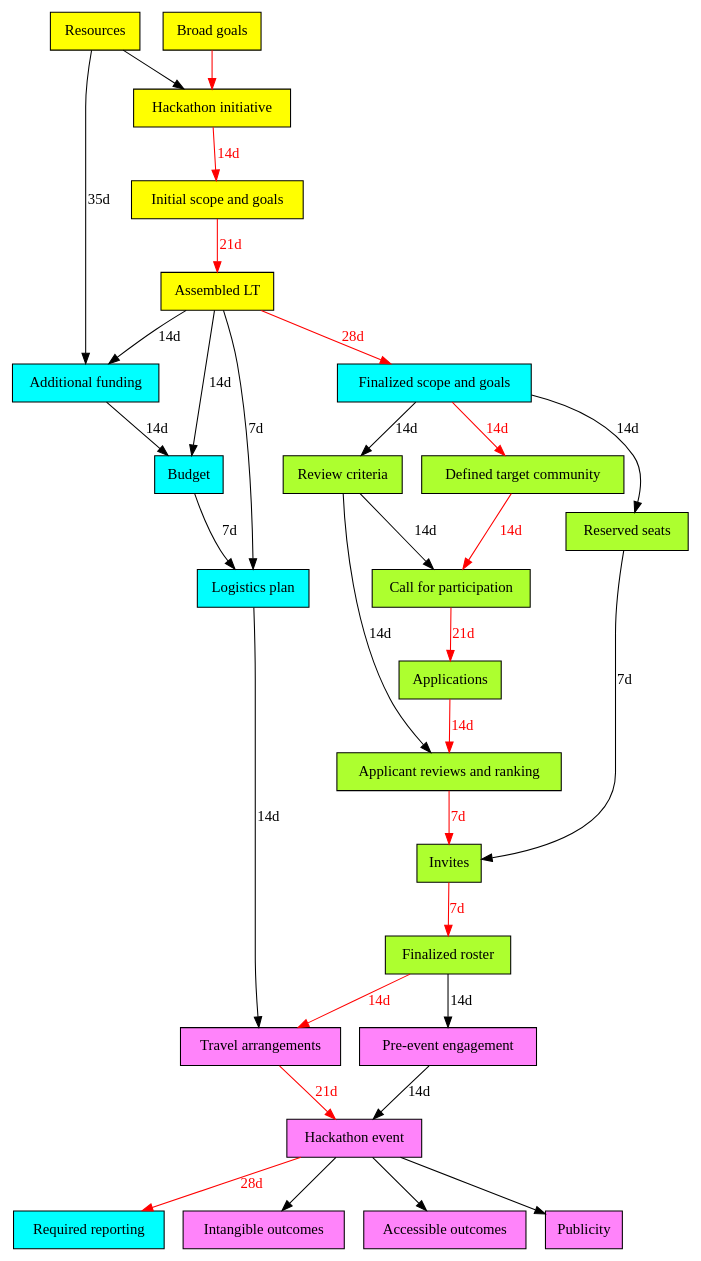
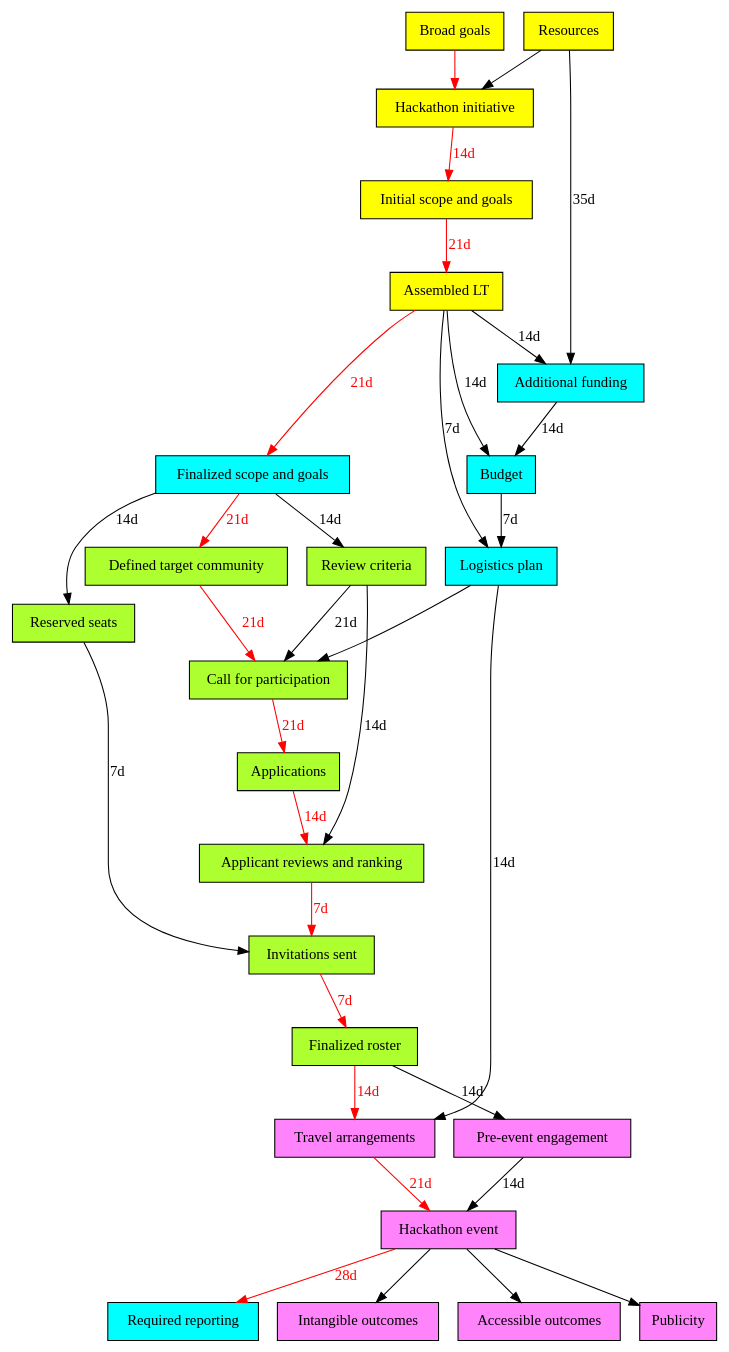
The diagram in pert_chart/pert_chart.dot (NESCent/hip_hack_howto), drawn with Graphviz before and after one commit.

Commit message:
updated to align with milestones timeline

```diff
--- a/pert_chart/pert_chart.dot
+++ b/pert_chart/pert_chart.dot
@@ -1,125 +1,126 @@
 digraph pert {
 	/* This is a Program Evaluation and Review Technique (PERT) chart: 
 	http://en.wikipedia.org/wiki/Program_evaluation_and_review_technique encoded in the
 	"dot" graph drawing language. The graph can be visualized in a number of different 
 	programs, the default being GraphViz (http://www.graphviz.org/). Feel free to edit
 	this file at will. As a TO DO item it might be useful to visually identify sets of
 	tasks and milestones that can be accomplished in parallel by team members between
 	conference calls to get an idea of the number of synchronized interactions and 
 	plenary decision points that are required.		
 	*/
 
 	node [ shape = box, style = filled, fontname = "Verdana" ];
 	edge [ fontname = "Verdana" ];
 	
 	/* The following nodes are assumed to be the responsibility
 	of the "instigators", i.e. the core team that precedes, and
 	results in, a leadership team */
 	subgraph instigators {
 		node [fillcolor = yellow];
 	
 		"Broad goals"; // e.g. the goals of a research project that provides core funding
 		"Resources"; // e.g. funding from a project under whose aegis the event is held
 		"Hackathon initiative"; // the decision taken by instigators to organize a hackathon
 		"Initial scope and goals"; // the scope and goals as perceived by the instigators
 		"Assembled LT"; // a more or less finalized Leadership Team to organize the hackathon
 	}
 	
 	/* The following nodes are assumed to be the responsibility
 	of the leadership team */
 	subgraph leadership_team {
 		node [fillcolor = cyan];
 	
 		"Finalized scope and goals"; // the hackathon scope and goals as perceived by the LT
 		"Additional funding"; // any additionally acquired funding
 		"Budget"; // the budget for the hackathon, potentially covering travel, catering, accommodation and venue
 		"Logistics plan"; // commitment to location, date, venue
 		"Required reporting"; // any reporting that is required by the funders
 	}
 	
 	/* The following nodes are concerned with the recruitment 
 	process. These are actually also the responsibility of the LT,
 	but they are marked up differently to make this process stand out */
 	subgraph recruitment {
 		node [fillcolor = greenyellow];
 
 		"Reserved seats"; // a list of domain experts the LT want to invite
 		"Defined target community"; // a list of potential participant types
 		"Review criteria"; // set of criteria by which applicants are reviewed and ranked
 		"Call for participation"; // a widely-circulated invitation to apply for participation
 		"Applications"; // a set of completed applications, e.g. forms / email responses
 		"Applicant reviews and ranking"; // reviews and ensuing ranking of applicants
-		"Invites"; // invitations to domain experts and positively-reviewed applicants
+		"Invitations sent"; // invitations to domain experts and positively-reviewed applicants
 		"Finalized roster"; // the final list of participants
 	}
 	
 	/* The following nodes are the responsibility of all involved:
 	the LT and the participants */
 	subgraph everyone {
 		node [fillcolor = orchid1];
 	
 		"Pre-event engagement"; // online interactions to refine scope and goals, and expectation management
 		"Travel arrangements"; // participant travel and accommodation 
 		"Hackathon event"; // the hackathon itself
 		"Intangible outcomes"; // e.g. strengthened community, broader impacts
 		"Accessible outcomes"; // e.g. publications, proposals, code
 		"Publicity"; // e.g. social media, newsletters, hackathon proceedings
 	}
 	
 	/* Edges are all annotated with	a naive estimate of the number of days it would
 	take to accomplish the target milestone given the successful completion of the source
 	milestone(s). Most milestones are assumed to be accomplished by an experienced
 	leadership team with past experiences and artefacts to draw from. The turnaround time
 	between many of these milestones is therefore now penciled in as two weeks or less 
 	(e.g. the time between conference calls, the time to get a reply to an email). Tasks 
 	that include interactions with others, such as funders, inexperienced participants, 
 	travel agents and so on are assumed to take longer.
 	*/	
 	
 	/* The following edges are assumed to constitute the "critical 
 	path". As a TODO item, a specification of the time needed to achieve
 	each milestone in this graph would allow us to compute the actual
 	critical path and validate the following, subjective, assignments
 	to the critical path */
 	edge [color = red fontcolor = red];
 	
 	"Broad goals" -> "Hackathon initiative"; // starting condition
 	"Hackathon initiative" -> "Initial scope and goals" [ label = "14d" ];
 	"Initial scope and goals" -> "Assembled LT" [ label = "21d" ]; // await multiple responses
-	"Assembled LT" -> "Finalized scope and goals" [ label = "28d" ]; // iterative debate
-	"Finalized scope and goals" -> "Defined target community" [ label = "14d" ];
-	"Defined target community" -> "Call for participation" [ label = "14d" ];
+	"Assembled LT" -> "Finalized scope and goals" [ label = "21d" ]; // iterative debate
+	"Finalized scope and goals" -> "Defined target community" [ label = "21d" ];
+	"Defined target community" -> "Call for participation" [ label = "21d" ];
 	"Call for participation" -> "Applications" [ label = "21d" ]; // await multiple responses
 	"Applications" -> "Applicant reviews and ranking" [ label = "14d" ];
-	"Applicant reviews and ranking" -> "Invites" [ label = "7d" ];
-	"Invites" -> "Finalized roster" [ label = "7d" ];
+	"Applicant reviews and ranking" -> "Invitations sent" [ label = "7d" ];
+	"Invitations sent" -> "Finalized roster" [ label = "7d" ];
 	"Finalized roster" -> "Travel arrangements" [ label = "14d" ];
 	"Travel arrangements" -> "Hackathon event" [ label = "21d" ]; // communicate with travel agents
 	"Hackathon event" -> "Required reporting" [ label = "28d" ]; // probably less time sensitive
 	
 	/* These edges do not belong to the critical path. This doesn't mean
 	they're somehow less important, just that they don't participate in the
 	longest dependency chain. */
 	edge [color = black fontcolor = black];
 	
 	"Resources" -> "Hackathon initiative"; // starting condition
 	"Resources" -> "Additional funding" [ label = "35d" ]; // await multiple responses
 	"Additional funding" -> "Budget" [ label = "14d" ];
 	"Budget" -> "Logistics plan" [ label = "7d" ];
 	"Logistics plan" -> "Travel arrangements" [ label = "14d" ];
+	"Logistics plan" -> "Call for participation";
 	"Finalized scope and goals" -> "Reserved seats" [ label = "14d" ];
 	"Finalized scope and goals" -> "Review criteria" [ label = "14d" ];
 	"Review criteria" -> "Applicant reviews and ranking" [ label = "14d" ];	
-	"Review criteria" -> "Call for participation" [ label = "14d" ];
-	"Reserved seats" -> "Invites" [ label = "7d" ];
+	"Review criteria" -> "Call for participation" [ label = "21d" ];
+	"Reserved seats" -> "Invitations sent" [ label = "7d" ];
 	"Finalized roster" -> "Pre-event engagement" [ label = "14d" ];
 	"Pre-event engagement" -> "Hackathon event" [ label = "14d" ];
 	"Assembled LT" -> "Additional funding" [ label = "14d" ];
 	"Assembled LT" -> "Budget" [ label = "14d" ];
 	"Assembled LT" -> "Logistics plan" [ label = "7d" ];
 	
 	// no real deadline on the below. 
 	"Hackathon event" -> "Intangible outcomes";
 	"Hackathon event" -> "Accessible outcomes";
 	"Hackathon event" -> "Publicity";	
 }
```
